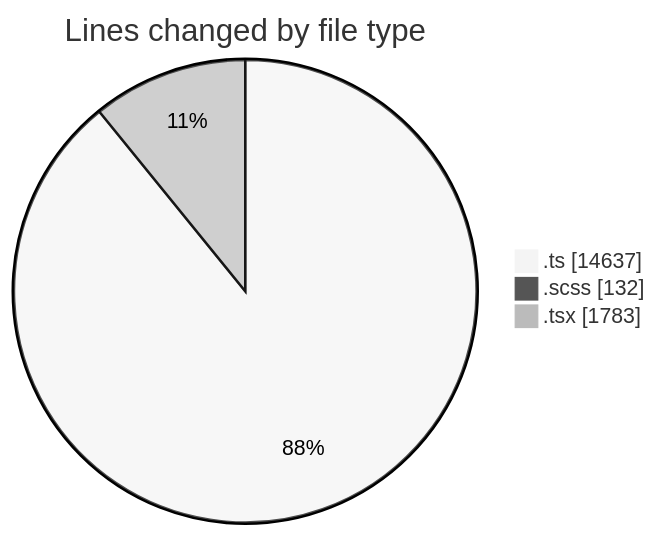
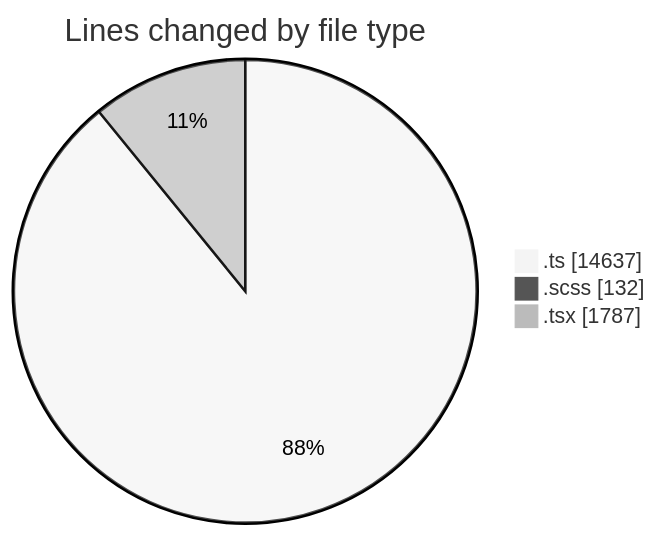
The first of 2 diagrams in 2025-08-27/cda/README.md (momahboobian/code-tracking), drawn with Mermaid (neutral theme) before and after one commit. The commit also changed other lines of this file and 1 other file, not shown here.

````diff
--- a/2025-08-27/cda/README.md
+++ b/2025-08-27/cda/README.md
@@ -28,7 +28,7 @@
 ```mermaid
 pie showData
 title Lines changed by file type
 ".ts" : 14637
 ".scss" : 132
-".tsx" : 1783
+".tsx" : 1787
 ```
````
